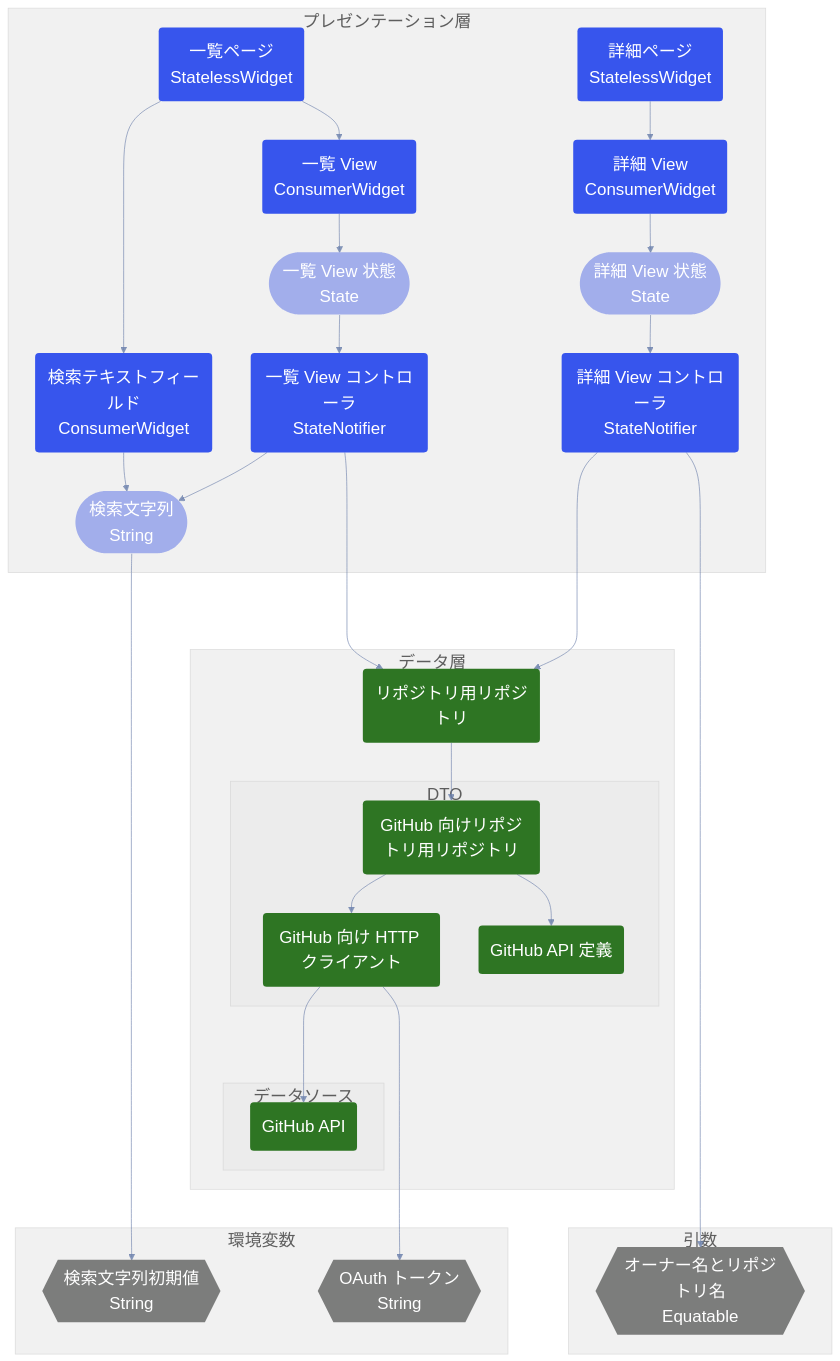
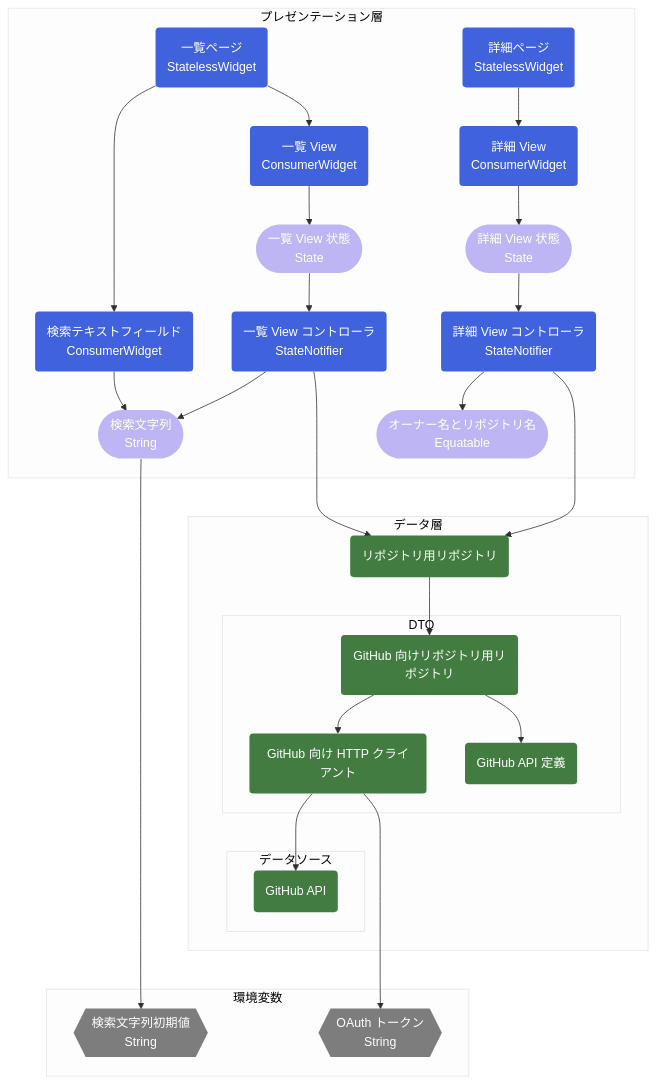
Before and after one commit to susatthi/github-search: the first of 2 diagrams in README.md, drawn with Mermaid. The commit also changed other lines of this file, not shown here.

Commit message:
#35 fix README更新

````diff
--- a/README.md
+++ b/README.md
@@ -51,45 +51,43 @@
 ```mermaid
-%%{init:{'theme':'base','themeVariables':{'primaryColor':'#ddddddaa','primaryTextColor':'#0f0f0faa','lineColor':'#6A7FABCC','textColor':'#6A7FABCC','fontSize':'22px','nodeBorder':'0px'}}}%%
+%%{init:{'theme':'base','themeVariables':{'primaryColor':'#f0f0f0','primaryTextColor':'#2f2f2f', 'lineColor':'#2f2f2f','textColor':'#2f2f2f','fontSize':'16px','nodeBorder':'0px'}}}%%
 graph TD
     subgraph プレゼンテーション層
     IndexPage(一覧ページ<br>StatelessWidget) --> SearchTextField(検索テキストフィールド<br>ConsumerWidget)
     IndexPage --> ListView(一覧 View<br>ConsumerWidget)
     SearchTextField --> SearchText([検索文字列<br>String])
     ListView --> ListViewState([一覧 View 状態<br>State])
     ListViewState --> ListViewController(一覧 View コントローラ<br>StateNotifier)
     ListViewController --> SearchText
     ViewPage(詳細ページ<br>StatelessWidget) --> DetailView(詳細 View<br>ConsumerWidget)
     DetailView --> DetailViewState([詳細 View 状態<br>State])
     DetailViewState --> DetailViewController(詳細 View コントローラ<br>StateNotifier)
+    DetailViewController --> ViewParameter([オーナー名とリポジトリ名<br>Equatable])
     end
     subgraph データ層
-    ListViewController ----> RepoRepository(リポジトリ用リポジトリ)
-    DetailViewController ----> RepoRepository
+    ListViewController --> RepoRepository(リポジトリ用リポジトリ)
+    DetailViewController ---> RepoRepository
     RepoRepository --> GitHubRepoRepository(GitHub 向けリポジトリ用リポジトリ)
     subgraph DTO
     GitHubRepoRepository --> GitHubHttpClient(GitHub 向け HTTP クライアント)
     GitHubRepoRepository --> GitHubApiDef(GitHub API 定義)
     end
     subgraph データソース
-    GitHubHttpClient ---> GitHubApi(GitHub API)
+    GitHubHttpClient --> GitHubApi(GitHub API)
     end
     end
     subgraph 環境変数
     SearchText --> EnvSearchText{{検索文字列初期値<br>String}}
-    GitHubHttpClient ----> EnvOAuthToken{{OAuth トークン<br>String}}
-    end
-    subgraph 引数
-    DetailViewController ---------> ViewParameter{{オーナー名とリポジトリ名<br>Equatable}}
+    GitHubHttpClient ---> EnvOAuthToken{{OAuth トークン<br>String}}
     end
 
-    classDef widget fill:#3755ed,color:#ffffff;
-    classDef controller fill:#3755ed,color:#ffffff;
-    classDef state fill:#a2aeeb,color:#ffffff;    
-    classDef repository fill:#2e7523,color:#ffffff;
-    classDef env fill:#7c7d7c,color:#ffffff;
+    classDef widget fill:#4063DD, color:#ffffff;
+    classDef controller fill:#4063DD, color:#ffffff;
+    classDef state fill:#BDB5F4, color:#ffffff;    
+    classDef repository fill:#437C40, color:#ffffff;
+    classDef env fill:#7c7d7c, color:#ffffff;
     class IndexPage,ViewPage,ListView,SearchTextField,DetailView widget;
     class ListViewController,DetailViewController controller;
-    class SearchText,ListViewState,DetailViewState state;
+    class SearchText,ListViewState,DetailViewState,ViewParameter state;
     class RepoRepository,GitHubRepoRepository,GitHubHttpClient,GitHubApiDef,GitHubApi repository;
-    class EnvSearchText,EnvOAuthToken,ViewParameter env;
+    class EnvSearchText,EnvOAuthToken env;
 ```
````
